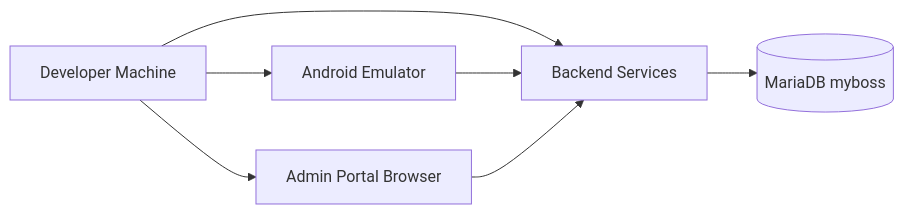
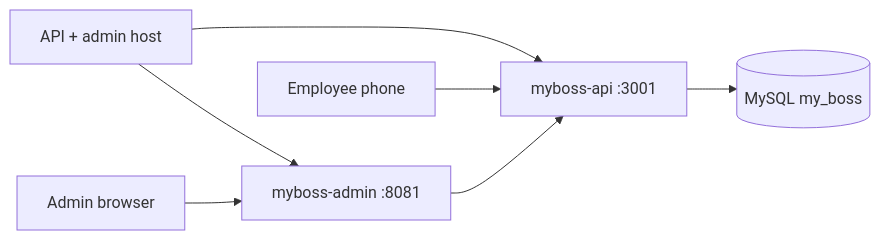
Before and after one commit to areejobaid17894-blip/myboss-platform: the fifth of 5 diagrams in docs/architecture/HLD.md, drawn with Mermaid. The commit also changed other lines of this file and 70 other files, not shown here.

````diff
--- a/docs/architecture/HLD.md
+++ b/docs/architecture/HLD.md
@@ -163,11 +152,10 @@
 ```mermaid
 flowchart LR
-    DEV[Developer Machine]
-    DEV --> BE[Backend Services]
-    DEV --> EMU[Android Emulator]
-    DEV --> WEB[Admin Portal Browser]
-    BE --> DB[(MariaDB myboss)]
-
-    EMU --> BE
-    WEB --> BE
+    HOST[API + admin host]
+    HOST --> API[myboss-api :3001]
+    HOST --> ADMIN[myboss-admin :8081]
+    API --> DB[(MySQL my_boss)]
+    PHONE[Employee phone] --> API
+    BROWSER[Admin browser] --> ADMIN
+    ADMIN --> API
 ```
````
